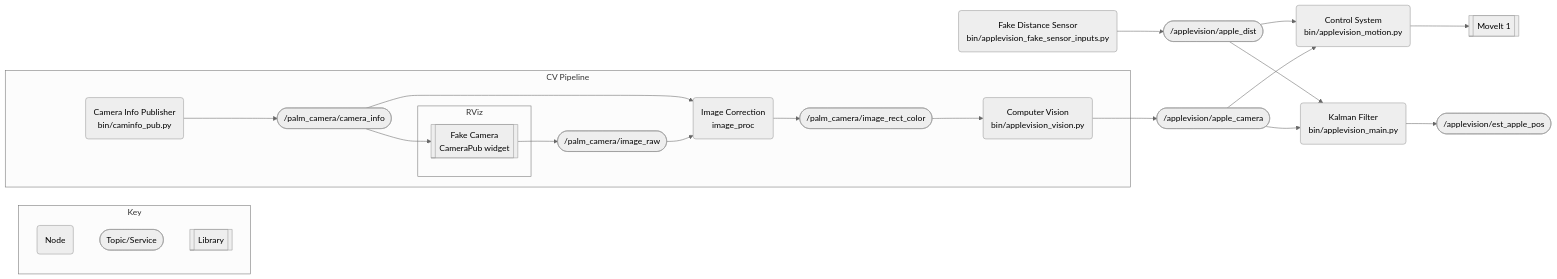
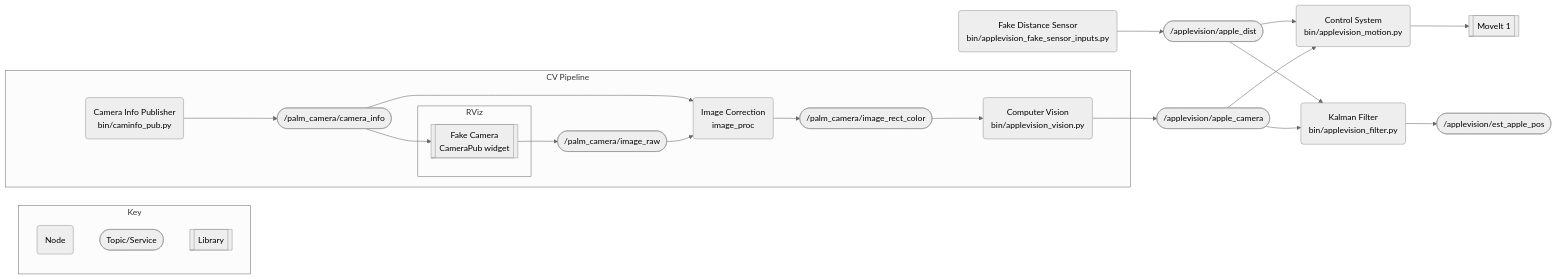
The first of 2 diagrams in README.md (OSUrobotics/applevision_rospkg), drawn with Mermaid (neutral theme) before and after one commit. The commit also changed 4 other files, not shown here.

Commit message:
fix: rename applevision_main to applevision_filter

````diff
--- a/README.md
+++ b/README.md
@@ -123,46 +123,46 @@
 ```mermaid
 graph LR
     subgraph Key
         samplenode(Node)
         sampletopic([Topic/Service])
         samplelibrary[[Library]]
     end
 
     moveit[[MoveIt 1]]
     control(Control System<br>bin/applevision_motion.py)
-    filter(Kalman Filter<br>bin/applevision_main.py)
+    filter(Kalman Filter<br>bin/applevision_filter.py)
     fake(Fake Distance Sensor<br>bin/applevision_fake_sensor_inputs.py)
 
     subgraph CV Pipeline
         caminfopub(Camera Info Publisher<br>bin/caminfo_pub.py)
         proc(Image Correction<br>image_proc)
         vision(Computer Vision<br>bin/applevision_vision.py)
         subgraph RViz
             campub[[Fake Camera<br>CameraPub widget]]
         end
 
         camerainfo([/palm_camera/camera_info])
         cameraunrect([/palm_camera/image_raw])
         camera([/palm_camera/image_rect_color])
     end
 
     dist([/applevision/apple_dist])
     bounding([/applevision/apple_camera])
     kalout([/applevision/est_apple_pos])
 
     caminfopub --> camerainfo
     camerainfo --> campub
     camerainfo --> proc
     campub --> cameraunrect
     cameraunrect --> proc
     proc --> camera
     fake --> dist
     dist --> control
     camera --> vision
     vision --> bounding
     bounding --> control
     control --> moveit
     dist --> filter
     bounding --> filter
     filter --> kalout
 ```
````
